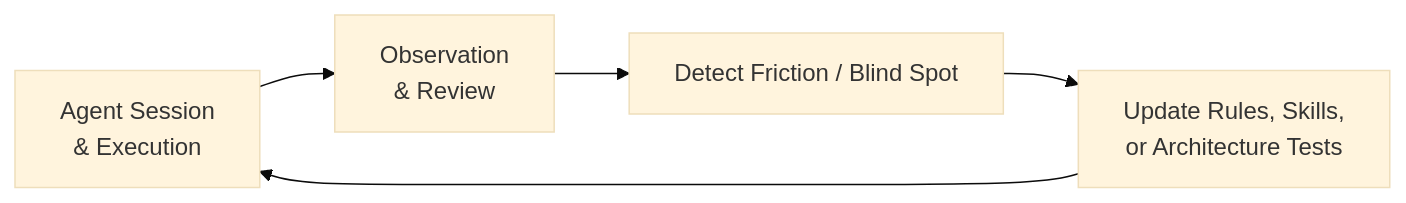
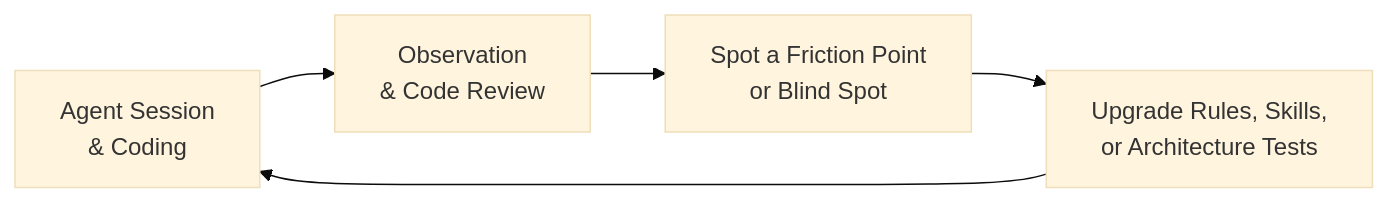
One commit to tomek-anuszkiewicz/amiga-studio changed the second of 2 diagrams in docs/how_this_emulator_was_written.md. Above: the diagram before and after it, drawn with Mermaid (base theme). The commit also changed other lines of this file, not shown here.

````diff
--- a/docs/how_this_emulator_was_written.md
+++ b/docs/how_this_emulator_was_written.md
@@ -76,7 +81,7 @@
 ```mermaid
 flowchart LR
-    A["Agent Session\n& Execution"] --> B["Observation\n& Review"]
-    B --> C["Detect Friction / Blind Spot"]
-    C --> D["Update Rules, Skills,\nor Architecture Tests"]
+    A["Agent Session\n& Coding"] --> B["Observation\n& Code Review"]
+    B --> C["Spot a Friction Point\nor Blind Spot"]
+    C --> D["Upgrade Rules, Skills,\nor Architecture Tests"]
     D --> A
 ```
````
